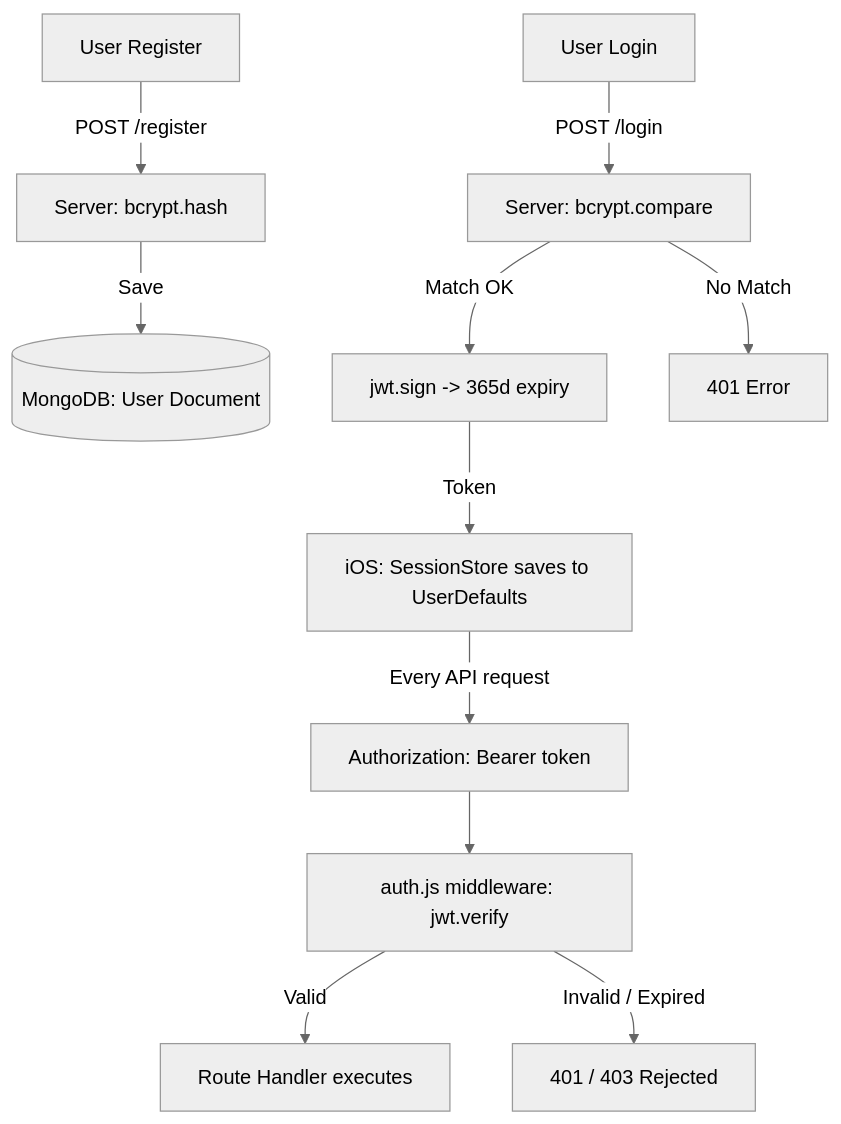
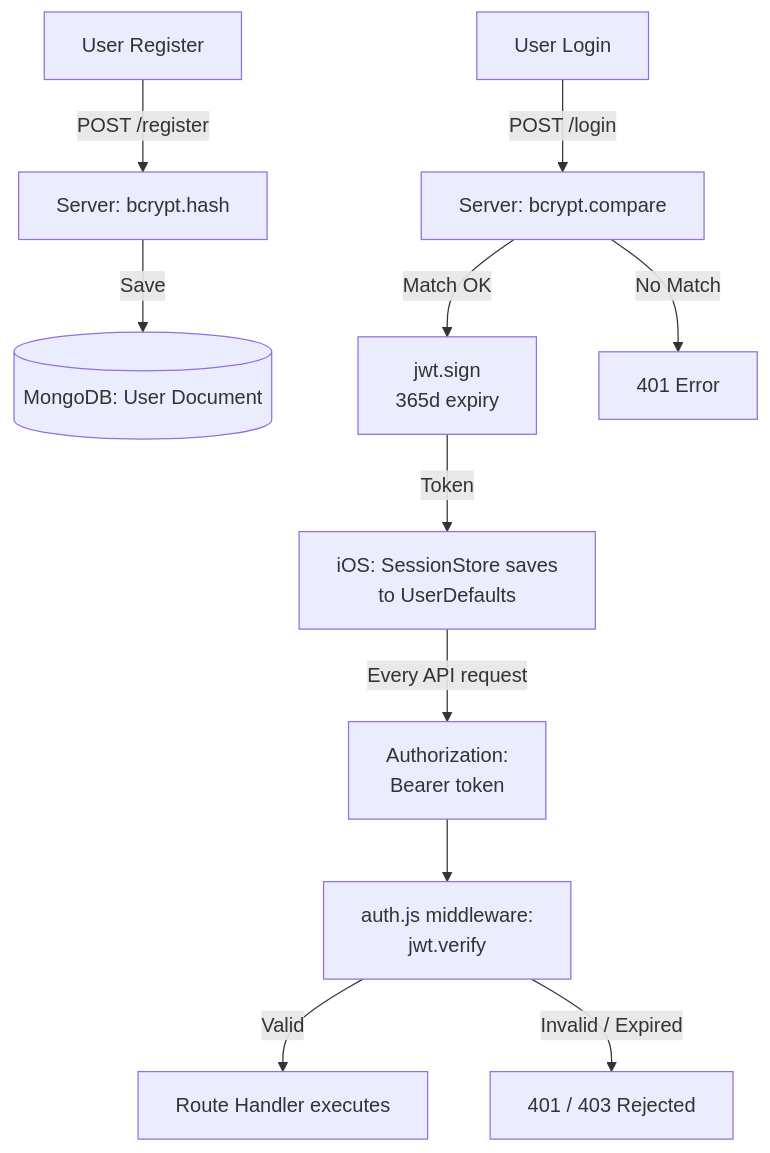
The second of 6 diagrams in README.md (denizyakar/SoniApp), drawn with Mermaid before and after one commit. The commit also changed other lines of this file, not shown here.

````diff
--- a/README.md
+++ b/README.md
@@ -137,16 +136,15 @@
 ```mermaid
-%%{init: {"theme": "neutral"}}%%
 flowchart TD
     A["User Register"] -->|"POST /register"| B["Server: bcrypt.hash"]
     B -->|"Save"| C[("MongoDB: User Document")]
 
     D["User Login"] -->|"POST /login"| E["Server: bcrypt.compare"]
-    E -->|"Match OK"| F["jwt.sign -> 365d expiry"]
+    E -->|"Match OK"| F["jwt.sign<br>365d expiry"]
     E -->|"No Match"| H["401 Error"]
-    F -->|"Token"| G["iOS: SessionStore saves to UserDefaults"]
+    F -->|"Token"| G["iOS: SessionStore saves<br>to UserDefaults"]
 
-    G -->|"Every API request"| I["Authorization: Bearer token"]
-    I --> J["auth.js middleware: jwt.verify"]
+    G -->|"Every API request"| I["Authorization:<br>Bearer token"]
+    I --> J["auth.js middleware:<br>jwt.verify"]
     J -->|"Valid"| K["Route Handler executes"]
     J -->|"Invalid / Expired"| L["401 / 403 Rejected"]
 ```
````
